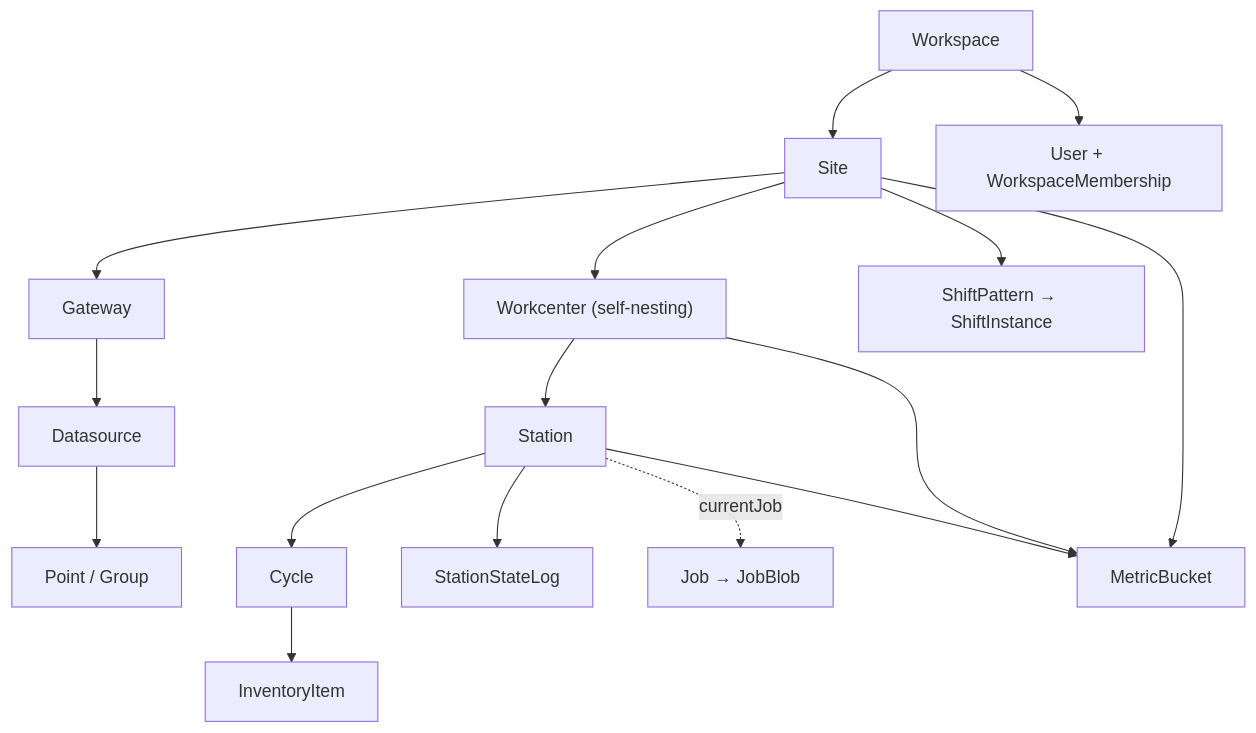
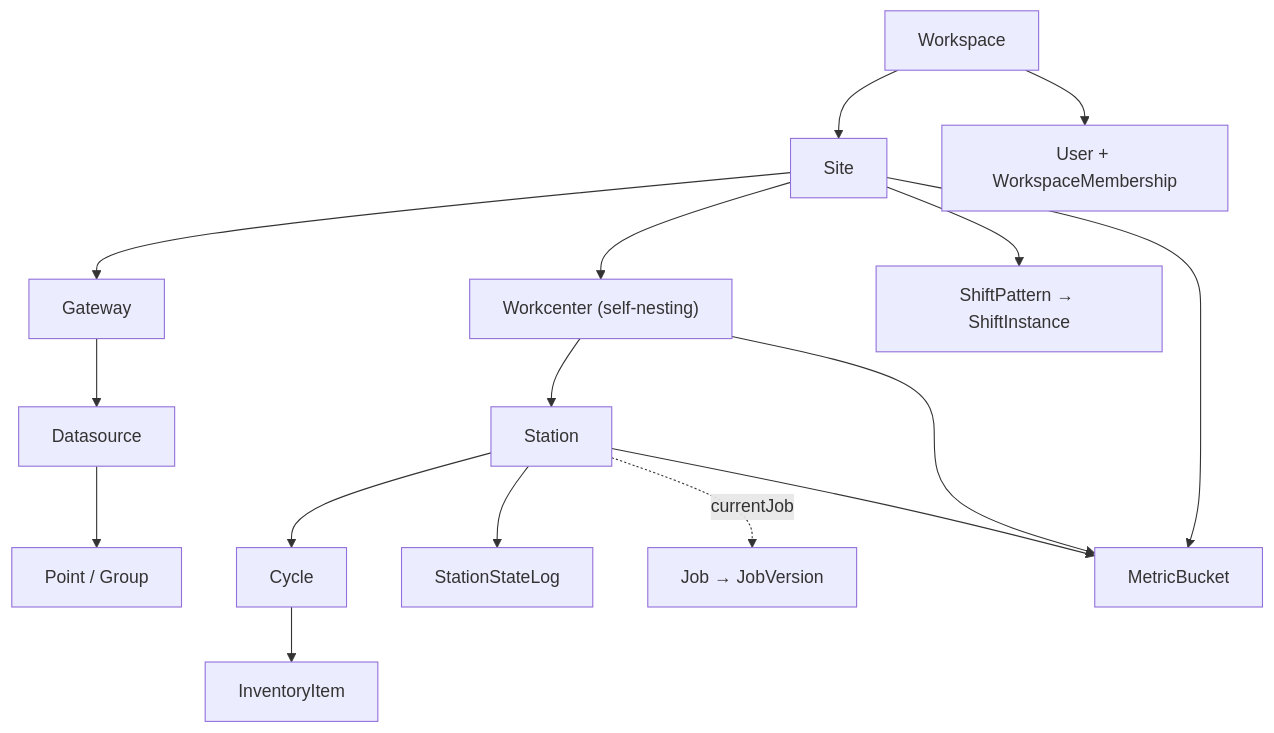
The diagram in apps/docs/src/app/internal/architecture/data-model/page.mdx (rockwarehq/rw-server), drawn with Mermaid before and after one commit. The commit also changed other lines of this file and 62 other files, not shown here.

First line of the commit message:
refactor(db): rename *Blob models to *Version (RW-133)

````diff
--- a/apps/docs/src/app/internal/architecture/data-model/page.mdx
+++ b/apps/docs/src/app/internal/architecture/data-model/page.mdx
@@ -12,15 +12,15 @@
 ```mermaid
 graph TD
   ws[Workspace] --> site[Site]
   ws --> user[User + WorkspaceMembership]
   site --> wc["Workcenter (self-nesting)"]
   wc --> st[Station]
   site --> gw[Gateway] --> ds[Datasource] --> pt[Point / Group]
   st --> cy[Cycle] --> inv[InventoryItem]
   st --> ssl[StationStateLog]
   site --> shift[ShiftPattern → ShiftInstance]
-  st -.currentJob.-> job[Job → JobBlob]
+  st -.currentJob.-> job[Job → JobVersion]
   st --> mb[MetricBucket]
   wc --> mb
   site --> mb
 ```
````
